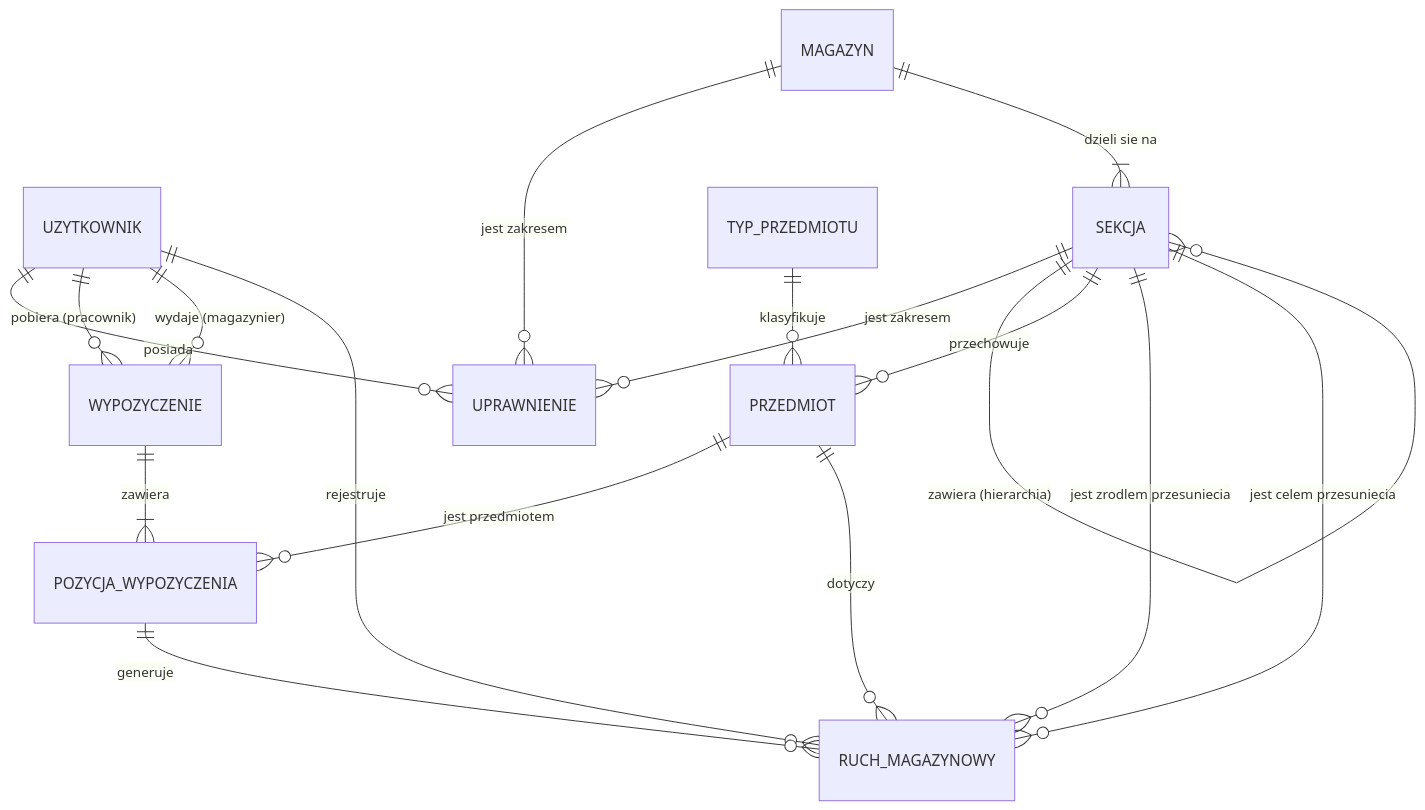
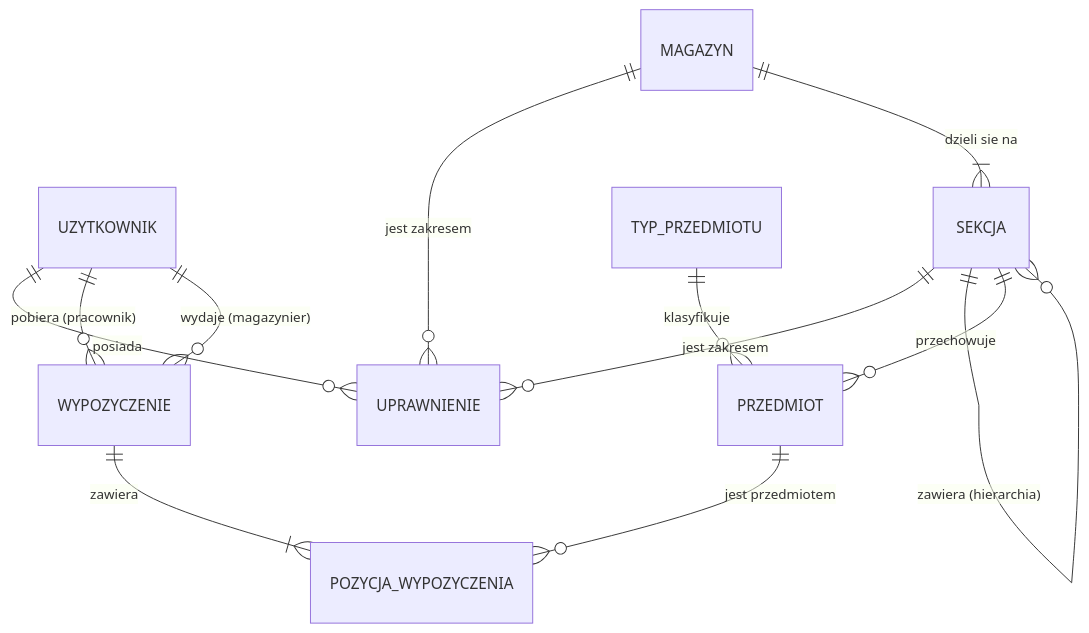
Before and after one commit to GOLDER303/magazynownik: the diagram in model/01_model_konceptualny.md, drawn with Mermaid.

````diff
--- a/model/01_model_konceptualny.md
+++ b/model/01_model_konceptualny.md
@@ -10,23 +10,17 @@
 ```mermaid
 erDiagram
     UZYTKOWNIK            ||--o{ UPRAWNIENIE          : "posiada"
     MAGAZYN               ||--o{ UPRAWNIENIE          : "jest zakresem"
     SEKCJA                ||--o{ UPRAWNIENIE          : "jest zakresem"
 
     MAGAZYN               ||--|{ SEKCJA               : "dzieli sie na"
     SEKCJA                ||--o{ SEKCJA               : "zawiera (hierarchia)"
 
     TYP_PRZEDMIOTU        ||--o{ PRZEDMIOT            : "klasyfikuje"
     SEKCJA                ||--o{ PRZEDMIOT            : "przechowuje"
 
     UZYTKOWNIK            ||--o{ WYPOZYCZENIE         : "pobiera (pracownik)"
     UZYTKOWNIK            ||--o{ WYPOZYCZENIE         : "wydaje (magazynier)"
     WYPOZYCZENIE          ||--|{ POZYCJA_WYPOZYCZENIA : "zawiera"
     PRZEDMIOT             ||--o{ POZYCJA_WYPOZYCZENIA : "jest przedmiotem"
-
-    PRZEDMIOT             ||--o{ RUCH_MAGAZYNOWY      : "dotyczy"
-    UZYTKOWNIK            ||--o{ RUCH_MAGAZYNOWY      : "rejestruje"
-    POZYCJA_WYPOZYCZENIA  ||--o{ RUCH_MAGAZYNOWY      : "generuje"
-    SEKCJA                ||--o{ RUCH_MAGAZYNOWY      : "jest zrodlem przesuniecia"
-    SEKCJA                ||--o{ RUCH_MAGAZYNOWY      : "jest celem przesuniecia"
 ```
````
